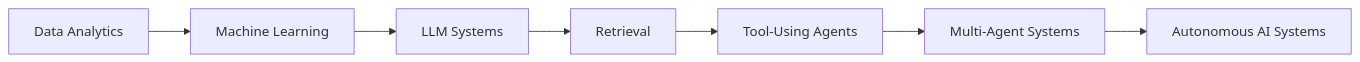
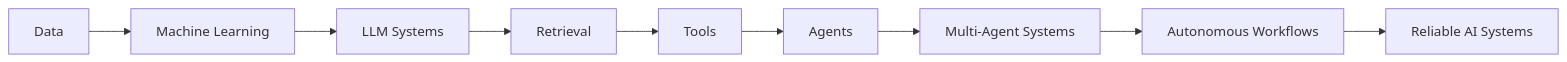
The first of 7 diagrams in README.md (Yashvi-Vekariya/Yashvi-Vekariya), drawn with Mermaid before and after one commit. The commit also changed other lines of this file, not shown here.

````diff
--- a/README.md
+++ b/README.md
@@ -43,9 +101,11 @@
 ```mermaid
 flowchart LR
-    A[Data Analytics] --> B[Machine Learning]
-    B --> C[LLM Systems]
-    C --> D[Retrieval]
-    D --> E[Tool-Using Agents]
-    E --> F[Multi-Agent Systems]
-    F --> G[Autonomous AI Systems]
+    A["Data"] --> B["Machine Learning"]
+    B --> C["LLM Systems"]
+    C --> D["Retrieval"]
+    D --> E["Tools"]
+    E --> F["Agents"]
+    F --> G["Multi-Agent Systems"]
+    G --> H["Autonomous Workflows"]
+    H --> I["Reliable AI Systems"]
 ```
````
